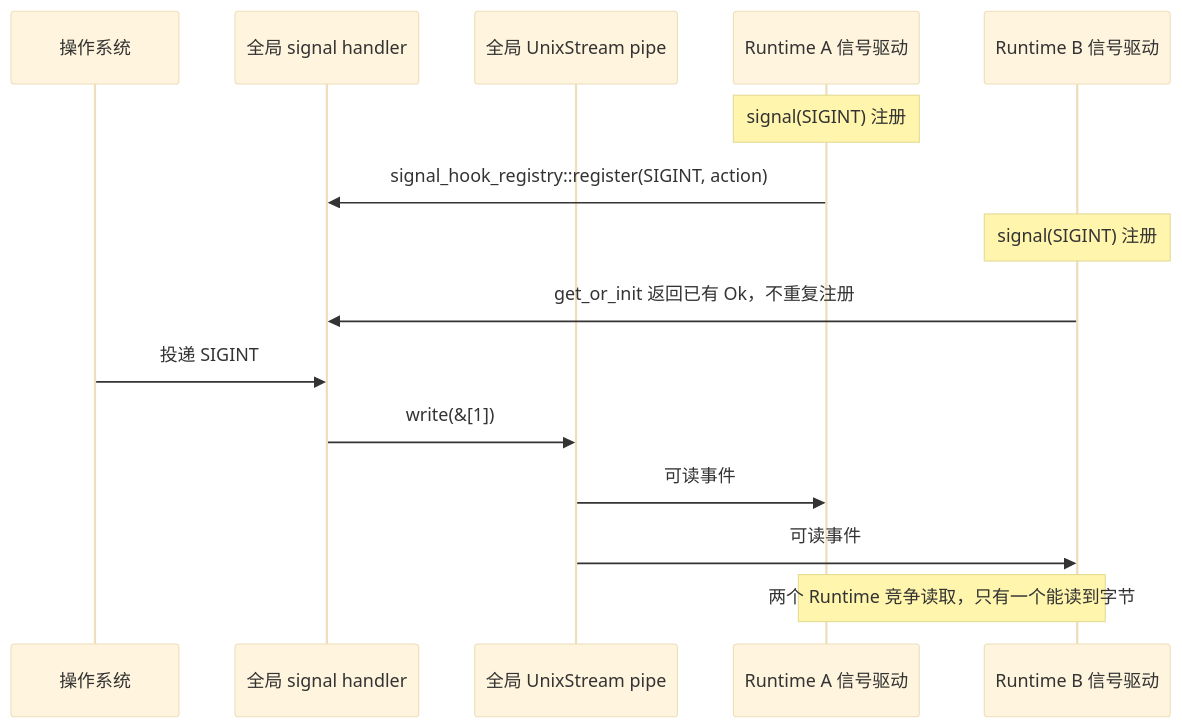
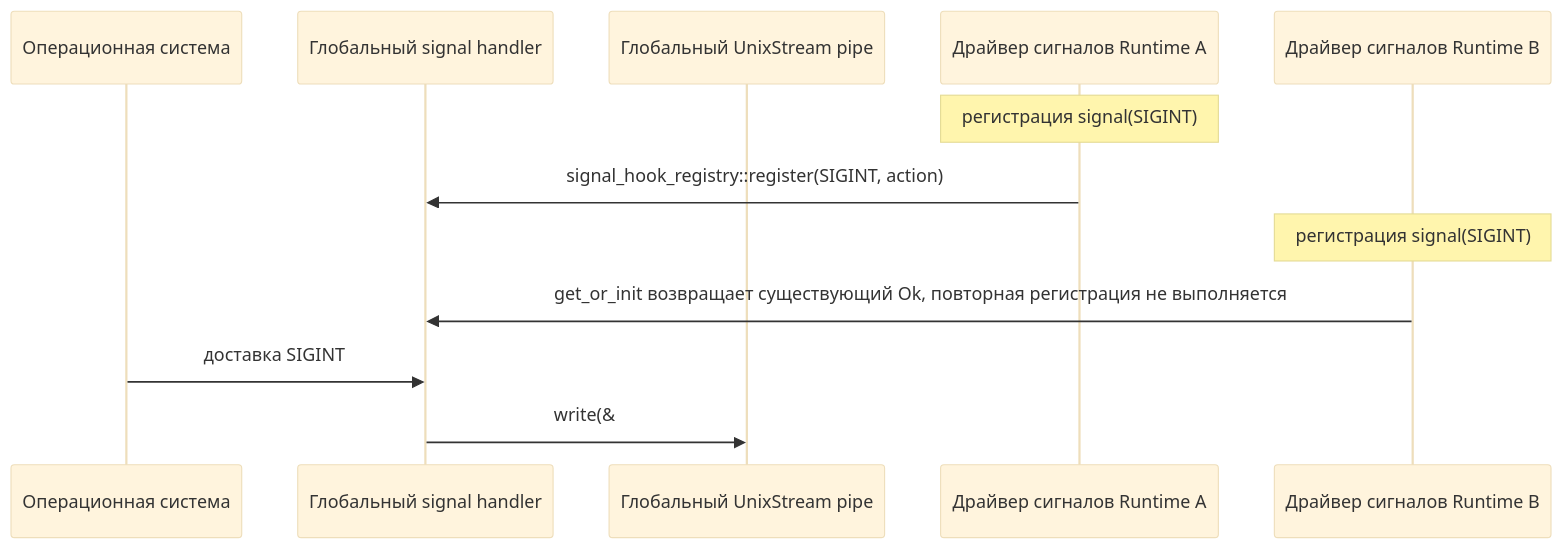
The third of 3 diagrams in books/tokio/ru/13-performance-tuning-and-pitfalls.md (maleRjc/AiReadCodeBooks), drawn with Mermaid (base theme) before and after one commit. The commit also changed other lines of this file and 74 other files, not shown here.

````diff
--- a/books/tokio/ru/13-performance-tuning-and-pitfalls.md
+++ b/books/tokio/ru/13-performance-tuning-and-pitfalls.md
@@ -274,18 +274,15 @@
 ```mermaid
 sequenceDiagram
-    participant OS as 操作系统
-    participant Handler as 全局 signal handler
-    participant Pipe as 全局 UnixStream pipe
-    participant RtA as Runtime A 信号驱动
-    participant RtB as Runtime B 信号驱动
+    participant OS as Операционная система
+    participant Handler as Глобальный signal handler
+    participant Pipe as Глобальный UnixStream pipe
+    participant RtA as Драйвер сигналов Runtime A
+    participant RtB as Драйвер сигналов Runtime B
 
-    Note over RtA: signal(SIGINT) 注册
+    Note over RtA: регистрация signal(SIGINT)
     RtA->>Handler: signal_hook_registry::register(SIGINT, action)
-    Note over RtB: signal(SIGINT) 注册
-    RtB->>Handler: get_or_init 返回已有 Ok，不重复注册
-    OS->>Handler: 投递 SIGINT
-    Handler->>Pipe: write(&[1])
-    Pipe->>RtA: 可读事件
-    Pipe->>RtB: 可读事件
-    Note over RtA,RtB: 两个 Runtime 竞争读取，只有一个能读到字节
+    Note over RtB: регистрация signal(SIGINT)
+    RtB->>Handler: get_or_init возвращает существующий Ok, повторная регистрация не выполняется
+    OS->>Handler: доставка SIGINT
+    Handler->>Pipe: write(&
 ```
````
